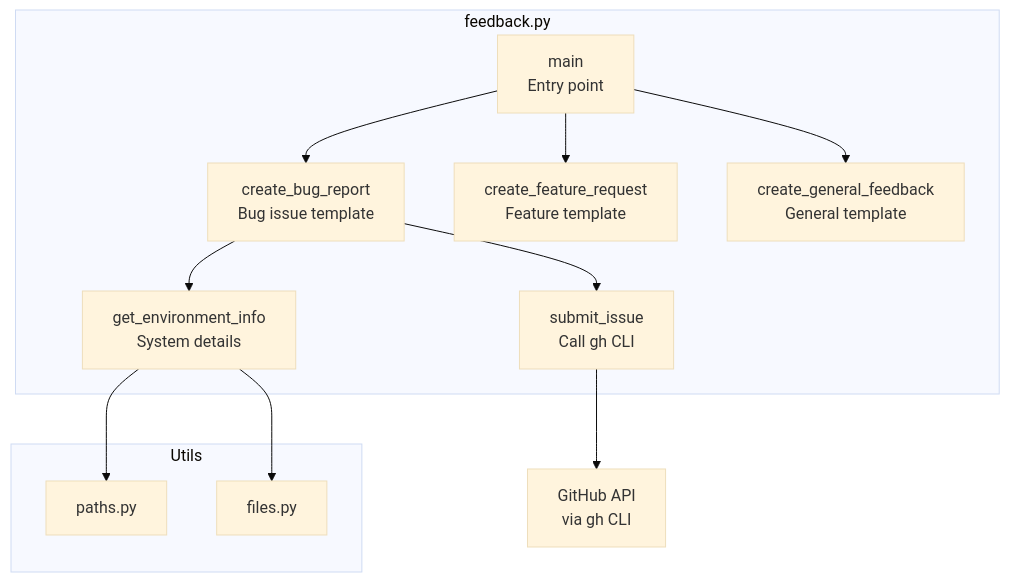
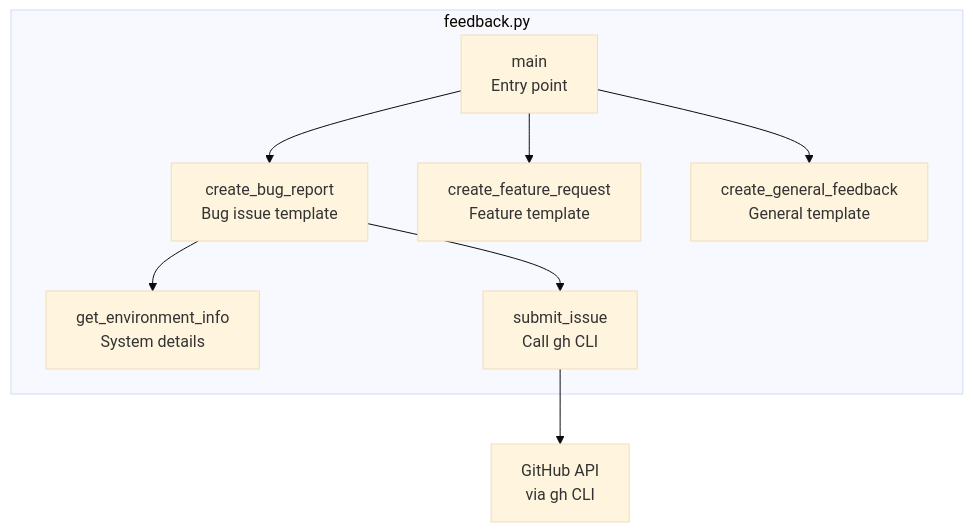
Before and after one commit to oakensoul/aida-core-plugin: the third of 7 diagrams in docs/architecture/c4/component-diagram.md, drawn with Mermaid (base theme). The commit also changed other lines of this file and 49 other files, not shown here.

First line of the commit message:
chore: launch preparedness - security, docs, tests, architecture (#7) (#16)

````diff
--- a/docs/architecture/c4/component-diagram.md
+++ b/docs/architecture/c4/component-diagram.md
@@ -294,30 +291,22 @@
 ```mermaid
 graph TB
     subgraph "feedback.py"
         MainFeedback[main<br/>Entry point]
         CreateBugReport[create_bug_report<br/>Bug issue template]
         CreateFeatureRequest[create_feature_request<br/>Feature template]
         CreateGeneralFeedback[create_general_feedback<br/>General template]
         GetEnvironmentInfo[get_environment_info<br/>System details]
         SubmitIssue[submit_issue<br/>Call gh CLI]
     end
 
-    subgraph "Utils"
-        PathsUtil[paths.py]
-        FilesUtil[files.py]
-    end
-
     GitHub[GitHub API<br/>via gh CLI]
 
     MainFeedback --> CreateBugReport
     MainFeedback --> CreateFeatureRequest
     MainFeedback --> CreateGeneralFeedback
 
     CreateBugReport --> GetEnvironmentInfo
     CreateBugReport --> SubmitIssue
 
-    GetEnvironmentInfo --> PathsUtil
-    GetEnvironmentInfo --> FilesUtil
-
     SubmitIssue --> GitHub
 ```
````
